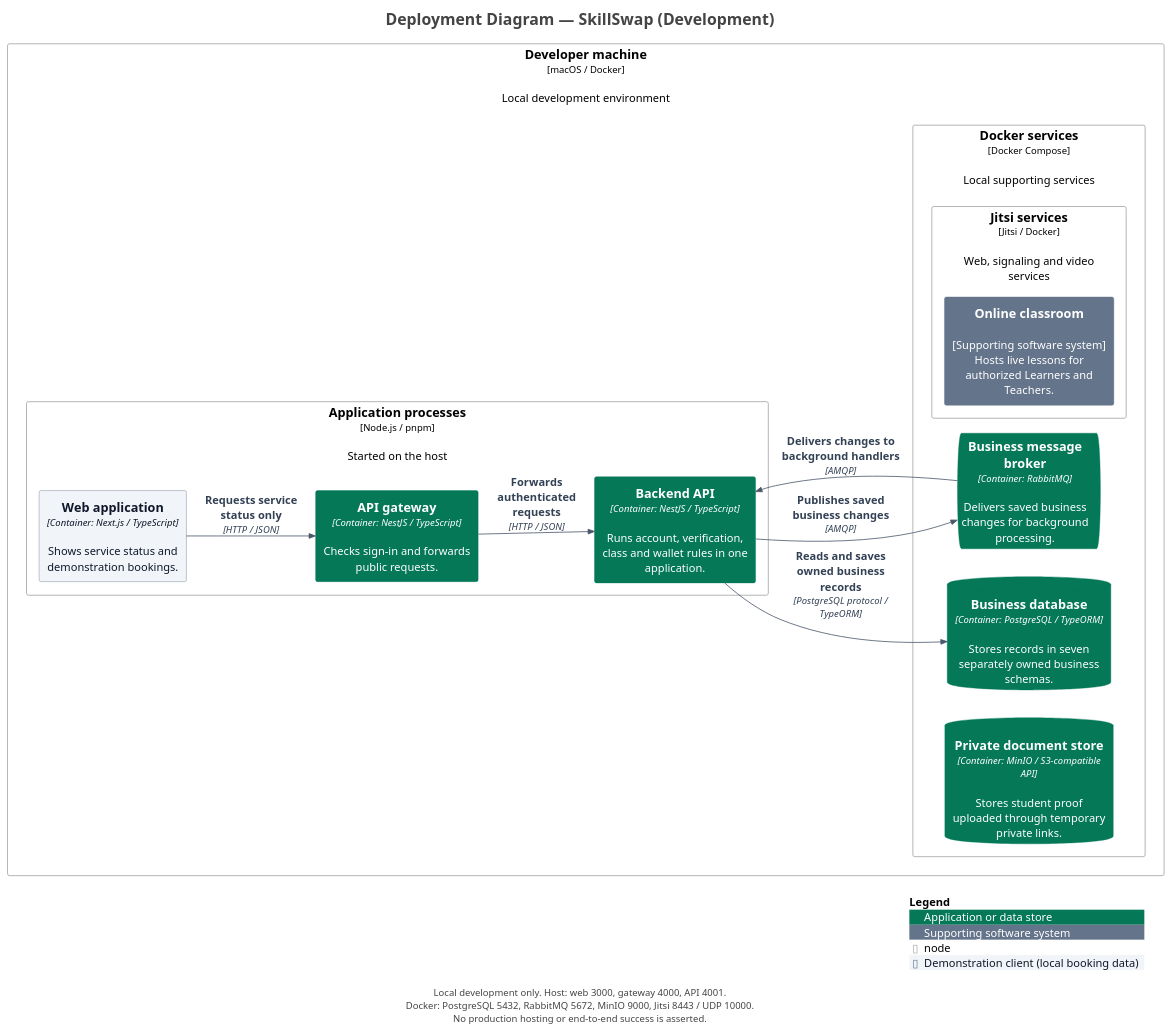
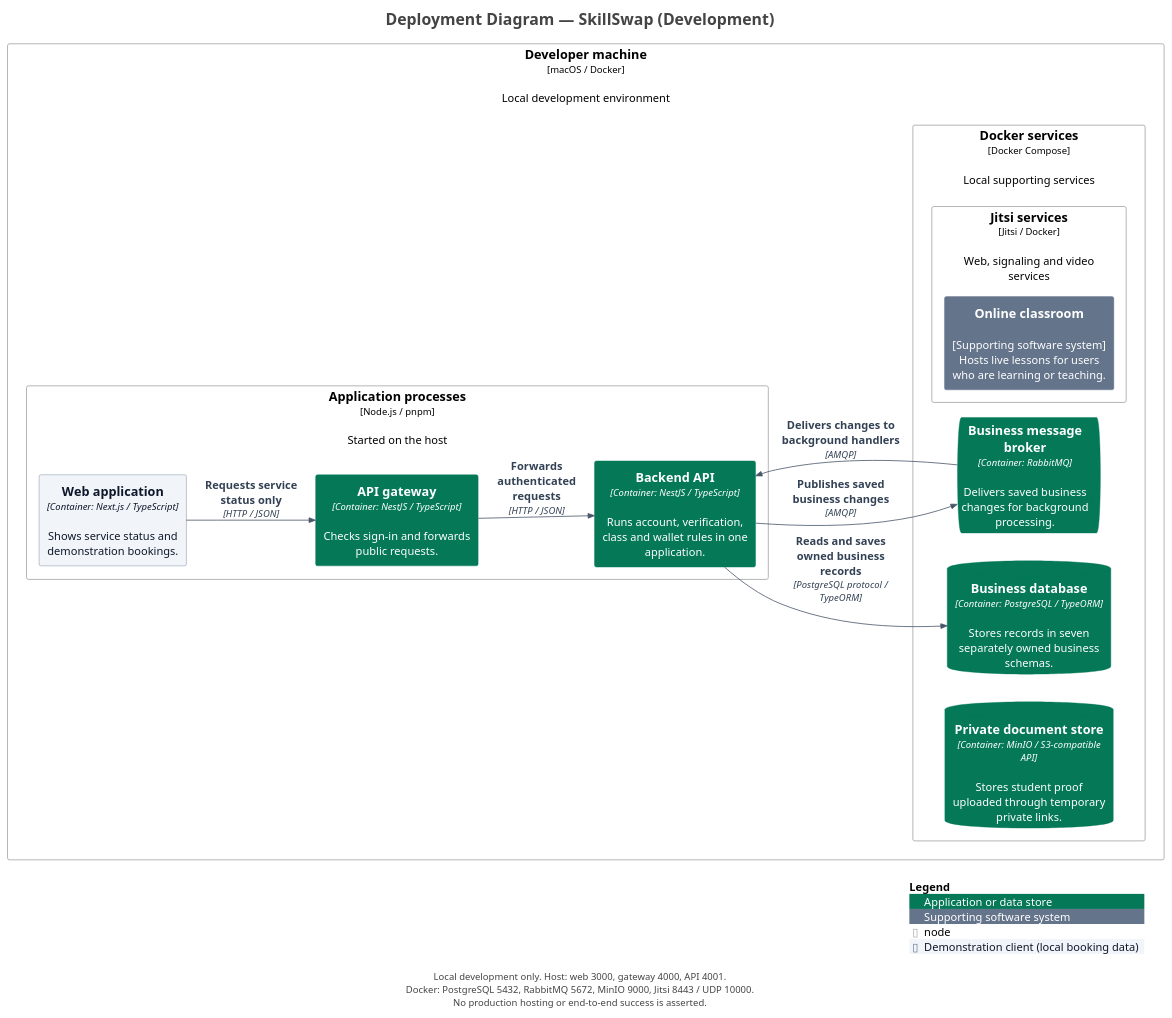
One commit to trankien022/SkillSwap changed the diagram in docs/diagrams/c4/source/structurizr-Deployment.puml. Above: the diagram before and after it, drawn with PlantUML. The commit also changed 19 other files, not shown here.

First line of the commit message:
docs(diagrams): align C4 with account roles

```diff
--- a/docs/diagrams/c4/source/structurizr-Deployment.puml
+++ b/docs/diagrams/c4/source/structurizr-Deployment.puml
@@ -1,61 +1,61 @@
 @startuml
 title Deployment Diagram — SkillSwap (Development)
 
 set separator none
 left to right direction
 
 <style>
   root {
     BackgroundColor: #ffffff
     FontColor: #444444
   }
 </style>
 
 !include <C4/C4>
 !include <C4/C4_Context>
 !include <C4/C4_Container>
 !include <C4/C4_Deployment>
 
 ' Presentation only: model elements and relationships come from workspace.dsl.
 skinparam defaultFontName Arial
 skinparam defaultFontSize 14
 skinparam shadowing false
 skinparam nodesep 35
 skinparam ranksep 45
 skinparam footerFontSize 12
 skinparam titleFontSize 20
 UpdateElementStyle("person", $bgColor="#0F172A", $fontColor="#FFFFFF", $borderColor="#0F172A", $legendText="Person")
 UpdateElementStyle("system", $bgColor="#047857", $fontColor="#FFFFFF", $borderColor="#047857", $legendText="Software system in scope")
 UpdateElementStyle("external_system", $bgColor="#64748B", $fontColor="#FFFFFF", $borderColor="#64748B", $legendText="Supporting software system")
 UpdateElementStyle("container", $bgColor="#047857", $fontColor="#FFFFFF", $borderColor="#047857", $legendText="Application or data store")
 UpdateRelStyle($lineColor="#475569", $textColor="#334155")
 AddElementTag("Demo", $bgColor="#F1F5F9", $fontColor="#0F172A", $borderColor="#64748B", $legendText="Demonstration client (local booking data)")
 
 Deployment_Node(Development.Developermachine, "Developer machine", $type="macOS / Docker", $descr="Local development environment", $tags="", $link="") {
   Deployment_Node(Development.Developermachine.Applicationprocesses, "Application processes", $type="Node.js / pnpm", $descr="Started on the host", $tags="", $link="") {
     Container(Development.Developermachine.Applicationprocesses.Webapplication_1, "Web application", $techn="Container: Next.js / TypeScript", $descr="Shows service status and demonstration bookings.", $tags="Demo", $link="")
     Container(Development.Developermachine.Applicationprocesses.APIgateway_1, "API gateway", $techn="Container: NestJS / TypeScript", $descr="Checks sign-in and forwards public requests.", $tags="", $link="")
     Container(Development.Developermachine.Applicationprocesses.BackendAPI_1, "Backend API", $techn="Container: NestJS / TypeScript", $descr="Runs account, verification, class and wallet rules in one application.", $tags="", $link="")
   }
 
   Deployment_Node(Development.Developermachine.Dockerservices, "Docker services", $type="Docker Compose", $descr="Local supporting services", $tags="", $link="") {
     ContainerDb(Development.Developermachine.Dockerservices.Businessdatabase_1, "Business database", $techn="Container: PostgreSQL / TypeORM", $descr="Stores records in seven separately owned business schemas.", $tags="", $link="")
     ContainerQueue(Development.Developermachine.Dockerservices.Businessmessagebroker_1, "Business message broker", $techn="Container: RabbitMQ", $descr="Delivers saved business changes for background processing.", $tags="", $link="")
     ContainerDb(Development.Developermachine.Dockerservices.Privatedocumentstore_1, "Private document store", $techn="Container: MinIO / S3-compatible API", $descr="Stores student proof uploaded through temporary private links.", $tags="", $link="")
     Deployment_Node(Development.Developermachine.Dockerservices.Jitsiservices, "Jitsi services", $type="Jitsi / Docker", $descr="Web, signaling and video services", $tags="", $link="") {
-      System_Ext(Development.Developermachine.Dockerservices.Jitsiservices.Onlineclassroom_1, "Online classroom", $descr="[Supporting software system]\nHosts live lessons for authorized Learners and Teachers.", $tags="", $link="")
+      System_Ext(Development.Developermachine.Dockerservices.Jitsiservices.Onlineclassroom_1, "Online classroom", $descr="[Supporting software system]\nHosts live lessons for users who are learning or teaching.", $tags="", $link="")
     }
 
   }
 
 }
 
 Rel(Development.Developermachine.Applicationprocesses.Webapplication_1, Development.Developermachine.Applicationprocesses.APIgateway_1, "Requests service status only", $techn="HTTP / JSON", $tags="", $link="")
 Rel(Development.Developermachine.Applicationprocesses.APIgateway_1, Development.Developermachine.Applicationprocesses.BackendAPI_1, "Forwards authenticated requests", $techn="HTTP / JSON", $tags="", $link="")
 Rel(Development.Developermachine.Applicationprocesses.BackendAPI_1, Development.Developermachine.Dockerservices.Businessdatabase_1, "Reads and saves owned business records", $techn="PostgreSQL protocol / TypeORM", $tags="", $link="")
 Rel(Development.Developermachine.Dockerservices.Businessmessagebroker_1, Development.Developermachine.Applicationprocesses.BackendAPI_1, "Delivers changes to background handlers", $techn="AMQP", $tags="", $link="")
 Rel(Development.Developermachine.Applicationprocesses.BackendAPI_1, Development.Developermachine.Dockerservices.Businessmessagebroker_1, "Publishes saved business changes", $techn="AMQP", $tags="", $link="")
 
 SHOW_LEGEND()
 footer Local development only. Host: web 3000, gateway 4000, API 4001.\nDocker: PostgreSQL 5432, RabbitMQ 5672, MinIO 9000, Jitsi 8443 / UDP 10000.\nNo production hosting or end-to-end success is asserted.
 @enduml
```
